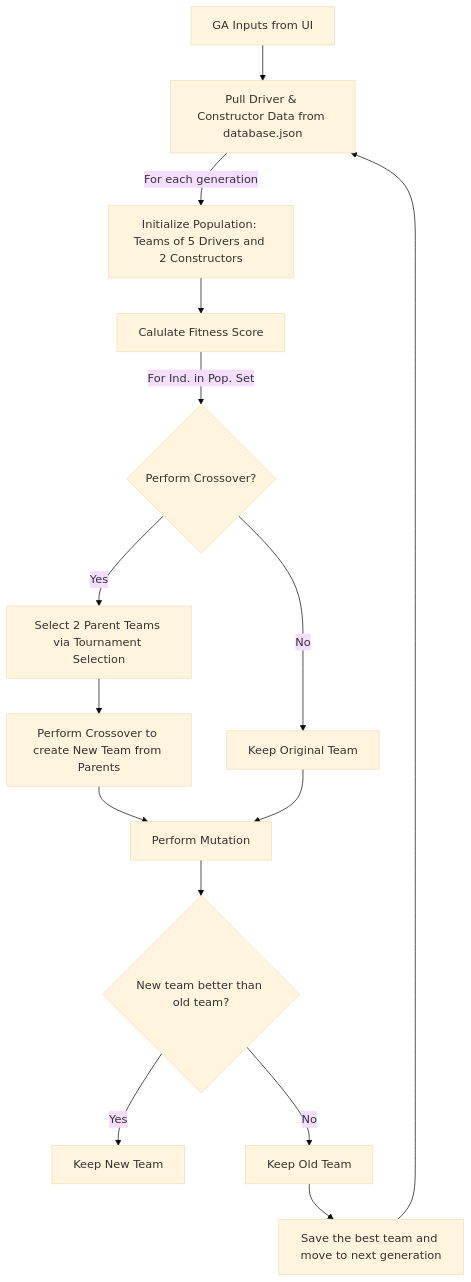
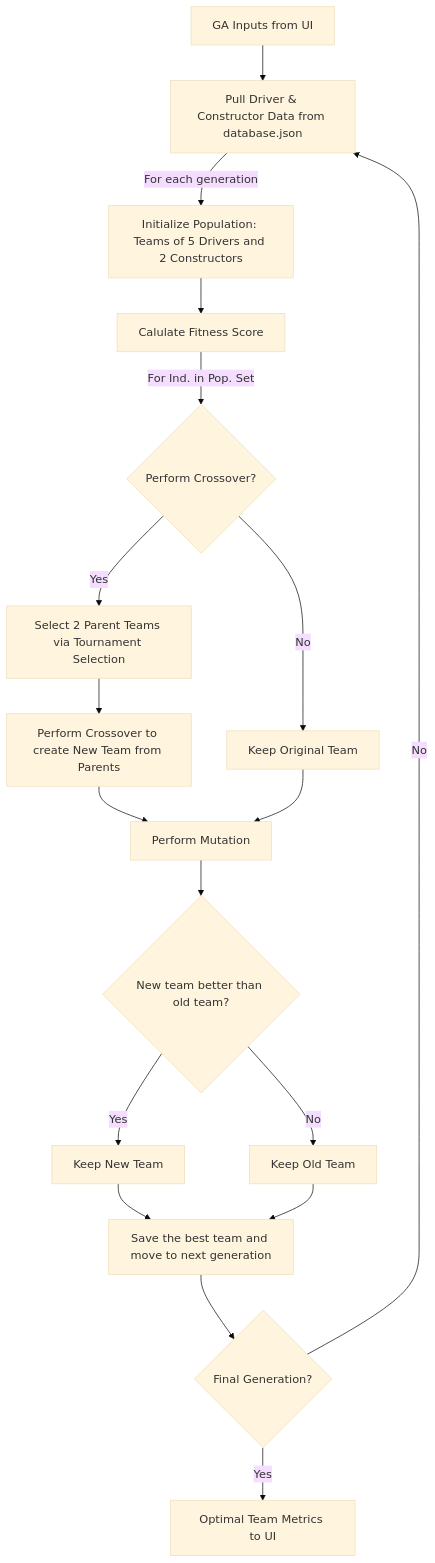
The diagram in README.md (malavnaik12/F1_Fantasy_Model), drawn with Mermaid (base theme) before and after one commit.

Commit message:
added more missing links in GA flow

````diff
--- a/README.md
+++ b/README.md
@@ -61,19 +61,22 @@
 ```mermaid
 flowchart TD
   A[GA Inputs from UI] --> B[Pull Driver & Constructor Data from database.json];
   B -- For each generation --> C[Initialize Population: Teams of 5 Drivers and 2 Constructors];
   C --> D[Calulate Fitness Score];
   D -- For Ind. in Pop. Set --> E{Perform Crossover?};
   E -- Yes --> F[Select 2 Parent Teams via Tournament Selection];
   F --> G[Perform Crossover to create New Team from Parents];
   E -- No --> H[Keep Original Team];
   G --> I[Perform Mutation];
   H --> I[Perform Mutation];
   I --> J{New team better than old team?};
   J -- Yes --> K[Keep New Team];
   J -- No --> L[Keep Old Team];
+  K --> M[Save the best team and move to next generation]
   L --> M[Save the best team and move to next generation]
-  M --> B;
-
+  M --> N{Final Generation?};
+  N -- Yes --> O[Optimal Team Metrics to UI];
+  N -- No --> B;
+  
   
 ```
````
